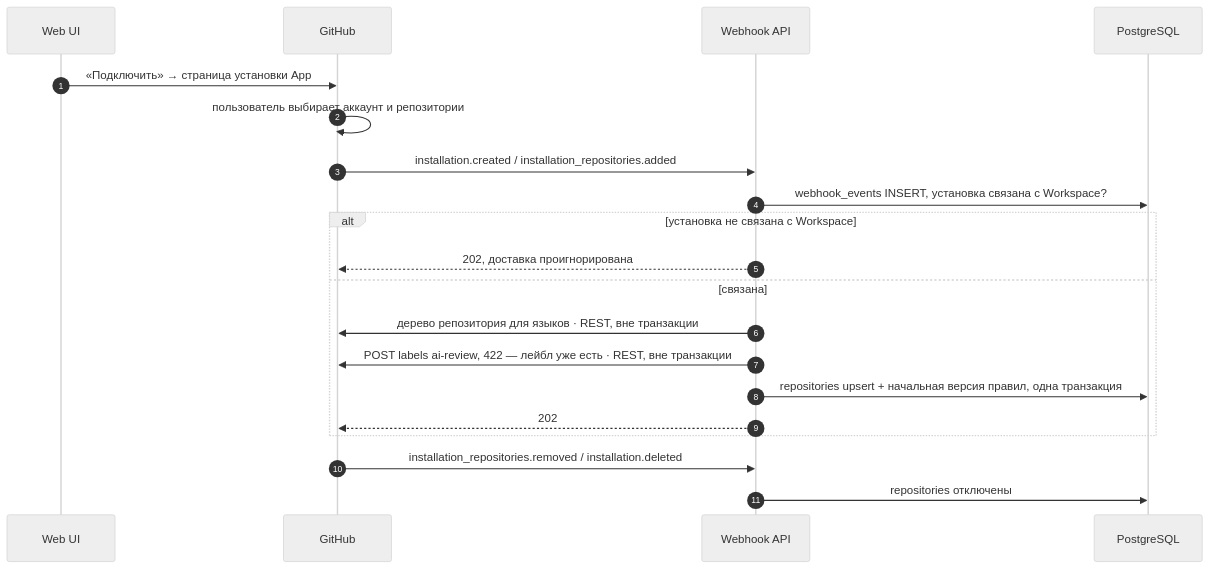
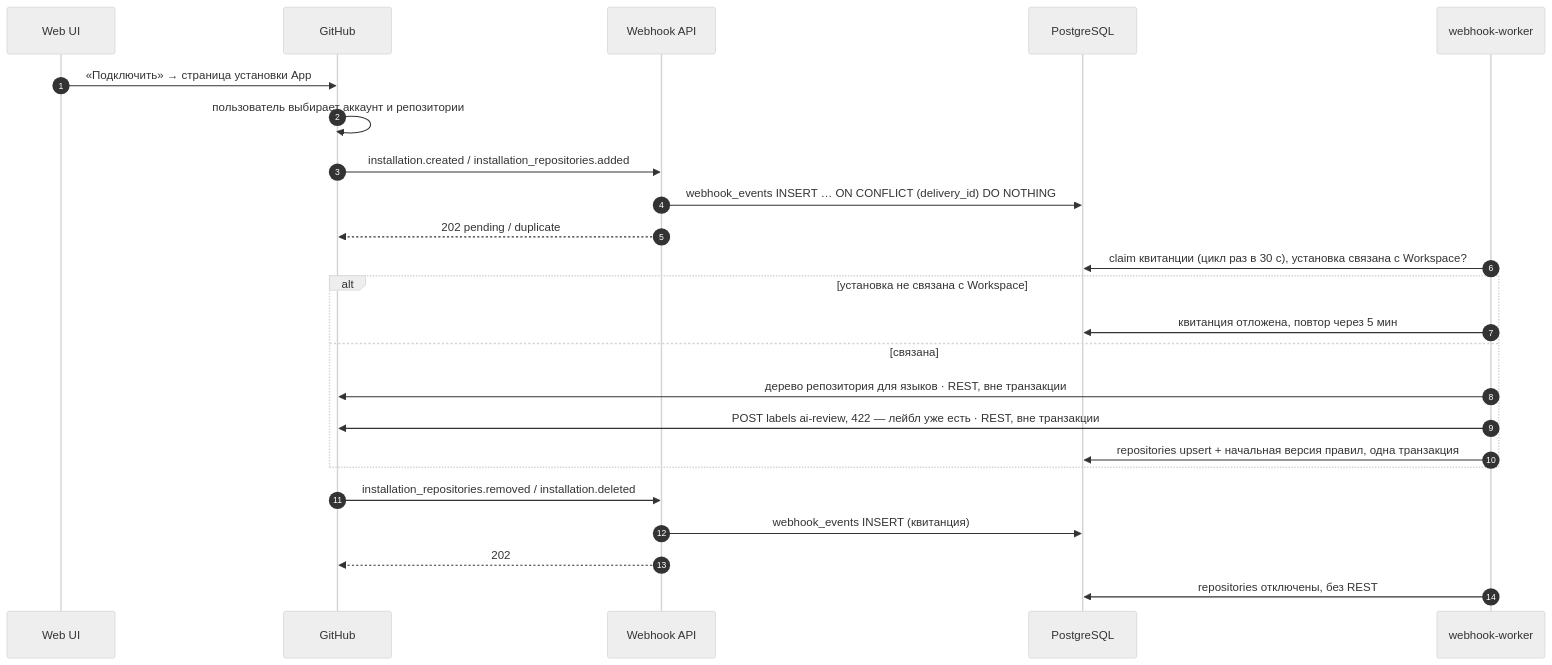
Before and after one commit to larchanka-training/dmc-268-api-t6: diagram 12 of 13 in docs/SYSTEM_DESIGN.md, drawn with Mermaid (neutral theme). The commit also changed other lines of this file and 13 other files, not shown here.

````diff
--- a/docs/SYSTEM_DESIGN.md
+++ b/docs/SYSTEM_DESIGN.md
@@ -441,23 +459,27 @@
 ```mermaid
 sequenceDiagram
   autonumber
   participant B as Web UI
   participant GH as GitHub
   participant WH as Webhook API
   participant PG as PostgreSQL
+  participant WW as webhook-worker
 
   B->>GH: «Подключить» → страница установки App
   GH->>GH: пользователь выбирает аккаунт и репозитории
   GH->>WH: installation.created / installation_repositories.added
-  WH->>PG: webhook_events INSERT, установка связана с Workspace?
+  WH->>PG: webhook_events INSERT … ON CONFLICT (delivery_id) DO NOTHING
+  WH-->>GH: 202 pending / duplicate
+  WW->>PG: claim квитанции (цикл раз в 30 с), установка связана с Workspace?
   alt установка не связана с Workspace
-    WH-->>GH: 202, доставка проигнорирована
+    WW->>PG: квитанция отложена, повтор через 5 мин
   else связана
-    WH->>GH: дерево репозитория для языков · REST, вне транзакции
-    WH->>GH: POST labels ai-review, 422 — лейбл уже есть · REST, вне транзакции
-    WH->>PG: repositories upsert + начальная версия правил, одна транзакция
-    WH-->>GH: 202
+    WW->>GH: дерево репозитория для языков · REST, вне транзакции
+    WW->>GH: POST labels ai-review, 422 — лейбл уже есть · REST, вне транзакции
+    WW->>PG: repositories upsert + начальная версия правил, одна транзакция
   end
   GH->>WH: installation_repositories.removed / installation.deleted
-  WH->>PG: repositories отключены
+  WH->>PG: webhook_events INSERT (квитанция)
+  WH-->>GH: 202
+  WW->>PG: repositories отключены, без REST
 ```
````
